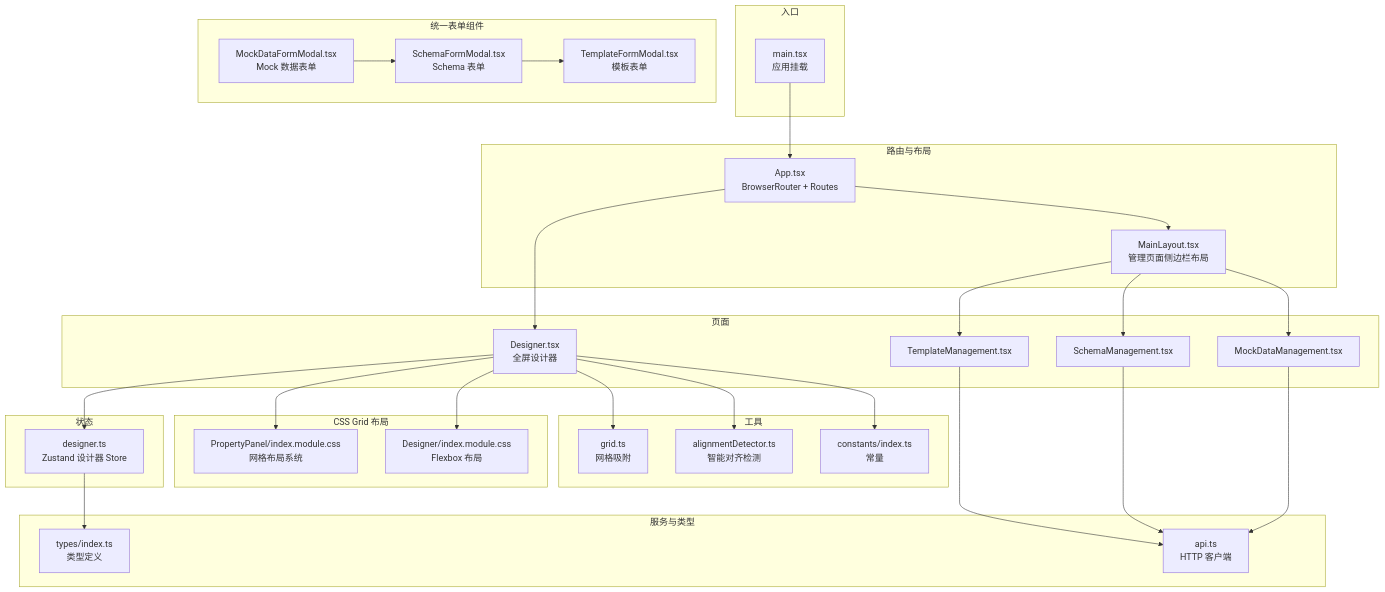
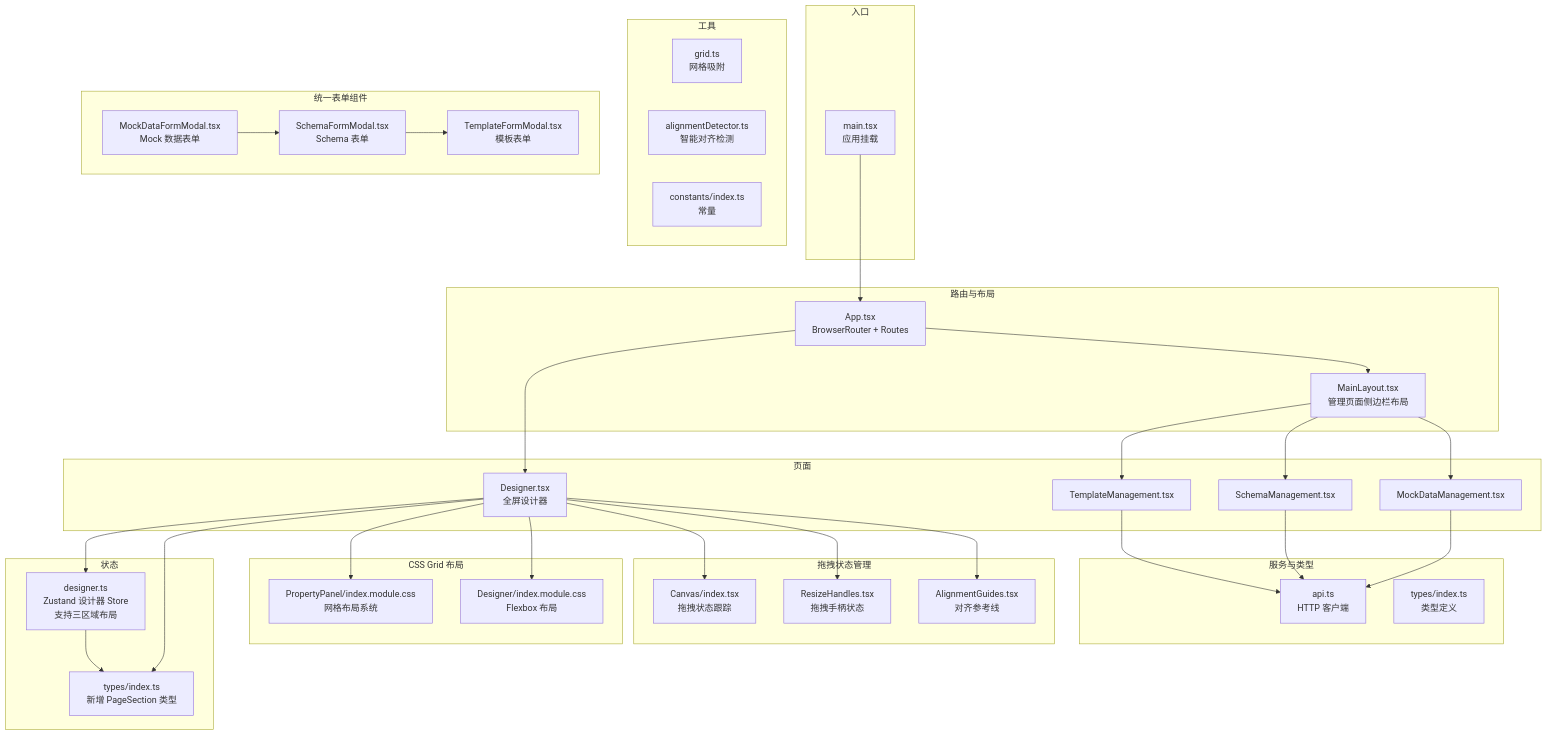
Before and after one commit to joker-yjc/printer: the first of 14 diagrams in .qoder/repowiki/zh/content/设计器前端应用/架构设计.md, drawn with Mermaid. The commit also changed other lines of this file and 16 other files, not shown here.

````diff
--- a/.qoder/repowiki/zh/content/设计器前端应用/架构设计.md
+++ b/.qoder/repowiki/zh/content/设计器前端应用/架构设计.md
@@ -71,55 +74,62 @@
 ```mermaid
 graph TB
 subgraph "入口"
 A["main.tsx<br/>应用挂载"]
 end
 subgraph "路由与布局"
 B["App.tsx<br/>BrowserRouter + Routes"]
 C["MainLayout.tsx<br/>管理页面侧边栏布局"]
 end
 subgraph "页面"
 D["Designer.tsx<br/>全屏设计器"]
 E["TemplateManagement.tsx"]
 F["SchemaManagement.tsx"]
 G["MockDataManagement.tsx"]
 end
 subgraph "状态"
-H["designer.ts<br/>Zustand 设计器 Store"]
+H["designer.ts<br/>Zustand 设计器 Store<br/>支持三区域布局"]
+I["types/index.ts<br/>新增 PageSection 类型"]
 end
 subgraph "服务与类型"
-I["api.ts<br/>HTTP 客户端"]
-J["types/index.ts<br/>类型定义"]
+J["api.ts<br/>HTTP 客户端"]
+K["types/index.ts<br/>类型定义"]
 end
 subgraph "工具"
-K["grid.ts<br/>网格吸附"]
-L["alignmentDetector.ts<br/>智能对齐检测"]
-M["constants/index.ts<br/>常量"]
+L["grid.ts<br/>网格吸附"]
+M["alignmentDetector.ts<br/>智能对齐检测"]
+N["constants/index.ts<br/>常量"]
 end
 subgraph "统一表单组件"
-N["MockDataFormModal.tsx<br/>Mock 数据表单"]
-O["SchemaFormModal.tsx<br/>Schema 表单"]
-P["TemplateFormModal.tsx<br/>模板表单"]
+O["MockDataFormModal.tsx<br/>Mock 数据表单"]
+P["SchemaFormModal.tsx<br/>Schema 表单"]
+Q["TemplateFormModal.tsx<br/>模板表单"]
 end
 subgraph "CSS Grid 布局"
-Q["PropertyPanel/index.module.css<br/>网格布局系统"]
-R["Designer/index.module.css<br/>Flexbox 布局"]
+R["PropertyPanel/index.module.css<br/>网格布局系统"]
+S["Designer/index.module.css<br/>Flexbox 布局"]
+end
+subgraph "拖拽状态管理"
+T["Canvas/index.tsx<br/>拖拽状态跟踪"]
+U["ResizeHandles.tsx<br/>拖拽手柄状态"]
+V["AlignmentGuides.tsx<br/>对齐参考线"]
 end
 A --> B
 B --> D
 B --> C
 C --> E
 C --> F
 C --> G
 D --> H
-D --> Q
+D --> I
 D --> R
-E --> I
-F --> I
-G --> I
-D --> K
-D --> L
-D --> M
-H --> J
-N --> O
+D --> S
+D --> T
+D --> U
+D --> V
+E --> J
+F --> J
+G --> J
+H --> I
 O --> P
+P --> Q
 ```
````
